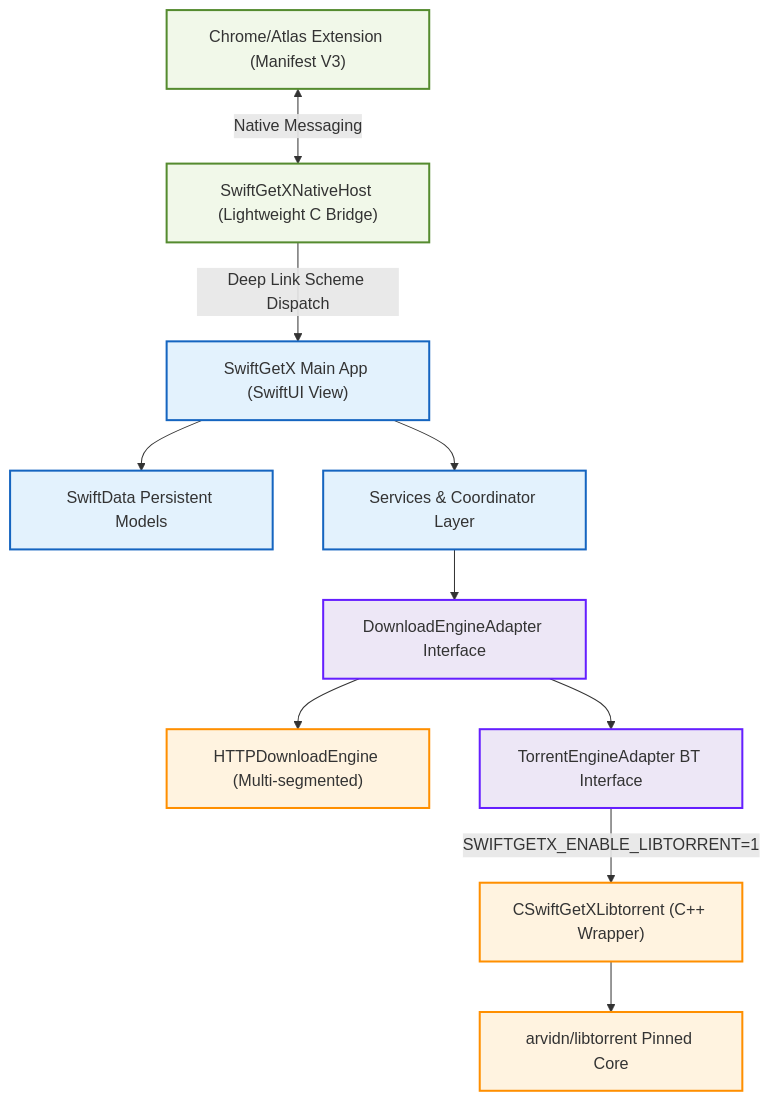
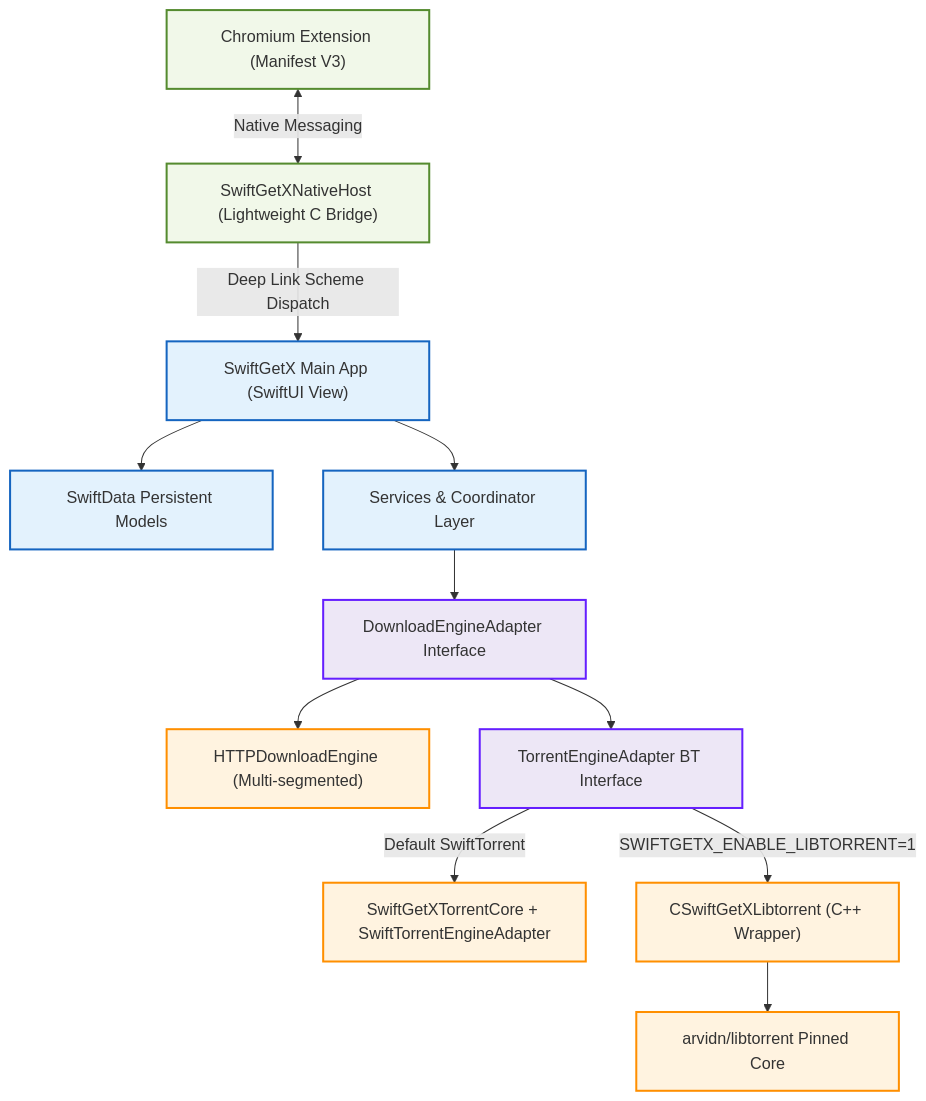
Before and after one commit to vancehuds/SwiftGetX: the diagram in README.en.md, drawn with Mermaid. The commit also changed other lines of this file and 4 other files, not shown here.

````diff
--- a/README.en.md
+++ b/README.en.md
@@ -72,28 +72,30 @@
 ```mermaid
 graph TD
     classDef main fill:#E3F2FD,stroke:#1565C0,stroke-width:2px;
     classDef browser fill:#F1F8E9,stroke:#558B2F,stroke-width:2px;
     classDef core fill:#EDE7F6,stroke:#651FFF,stroke-width:2px;
     classDef engine fill:#FFF3E0,stroke:#FF8F00,stroke-width:2px;
     
-    Chrome["Chrome/Atlas Extension (Manifest V3)"]:::browser
+    Chrome["Chromium Extension (Manifest V3)"]:::browser
     NativeHost["SwiftGetXNativeHost (Lightweight C Bridge)"]:::browser
     MainApp["SwiftGetX Main App (SwiftUI View)"]:::main
     Models["SwiftData Persistent Models"]:::main
     Coordinator["Services & Coordinator Layer"]:::main
     Adapter["DownloadEngineAdapter Interface"]:::core
     HTTPEngine["HTTPDownloadEngine (Multi-segmented)"]:::engine
     TorrentAdapter["TorrentEngineAdapter BT Interface"]:::core
+    SwiftTorrent["SwiftGetXTorrentCore + SwiftTorrentEngineAdapter"]:::engine
     LibtorrentWrapper["CSwiftGetXLibtorrent (C++ Wrapper)"]:::engine
     Libtorrent["arvidn/libtorrent Pinned Core"]:::engine
 
     Chrome <-->|"Native Messaging"| NativeHost
     NativeHost -->|"Deep Link Scheme Dispatch"| MainApp
     MainApp --> Models
     MainApp --> Coordinator
     Coordinator --> Adapter
     Adapter --> HTTPEngine
     Adapter --> TorrentAdapter
+    TorrentAdapter -->|"Default SwiftTorrent"| SwiftTorrent
     TorrentAdapter -->|"SWIFTGETX_ENABLE_LIBTORRENT=1"| LibtorrentWrapper
     LibtorrentWrapper --> Libtorrent
 ```
````
